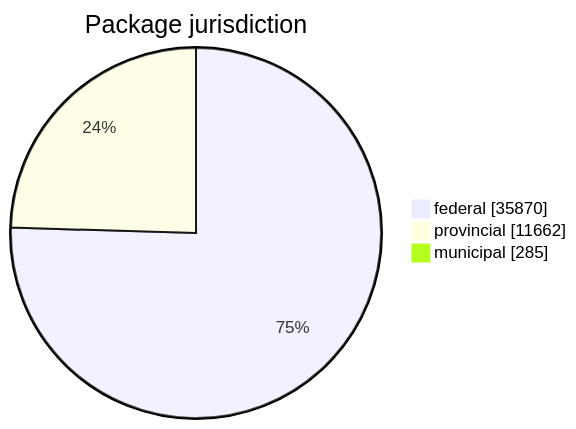
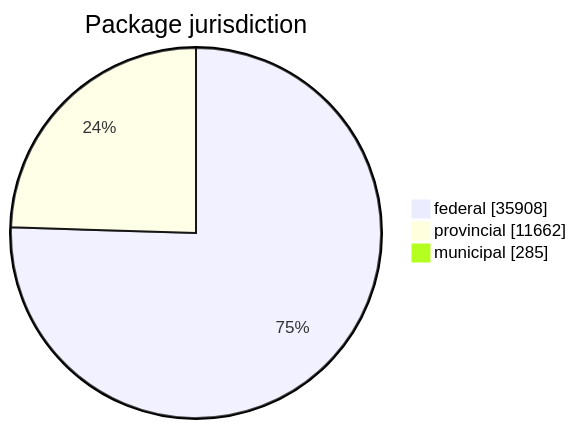
The first of 5 diagrams in FreshCheck/README.md (open-data/analytics-corporate-reporting), drawn with Mermaid before and after one commit. The commit also changed other lines of this file and 3 other files, not shown here.

````diff
--- a/FreshCheck/README.md
+++ b/FreshCheck/README.md
@@ -60,6 +60,6 @@
 ```mermaid
 pie showData title Package jurisdiction
-    "federal": 35870
+    "federal": 35908
     "provincial": 11662
     "municipal": 285
 ```
````
